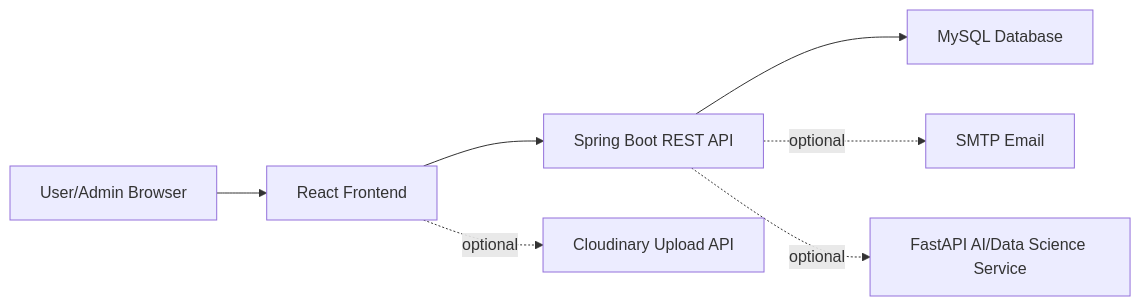
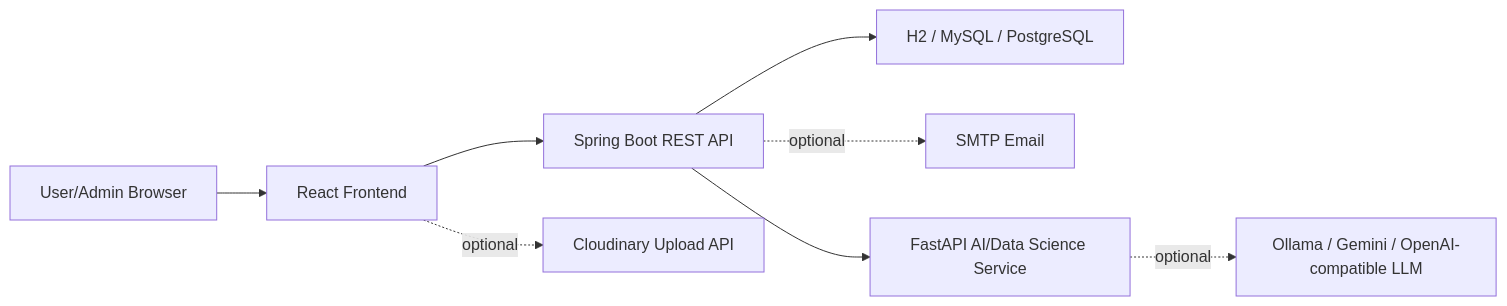
The diagram in README.md (tausifalam6879/Loan_Verification_System), drawn with Mermaid before and after one commit. The commit also changed other lines of this file and 29 other files, not shown here.

````diff
--- a/README.md
+++ b/README.md
@@ -60,9 +62,10 @@
 ```mermaid
 flowchart LR
     user["User/Admin Browser"] --> react["React Frontend"]
     react --> api["Spring Boot REST API"]
-    api --> mysql["MySQL Database"]
+    api --> database["H2 / MySQL / PostgreSQL"]
     api -.optional.-> smtp["SMTP Email"]
     react -.optional.-> cloudinary["Cloudinary Upload API"]
-    api -.optional.-> ai["FastAPI AI/Data Science Service"]
+    api --> ai["FastAPI AI/Data Science Service"]
+    ai -.optional.-> llm["Ollama / Gemini / OpenAI-compatible LLM"]
 ```
````
